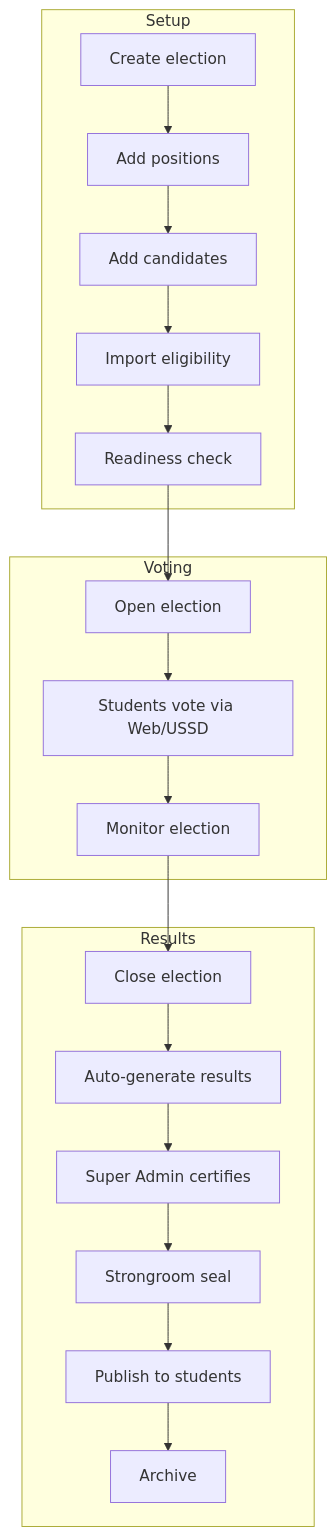
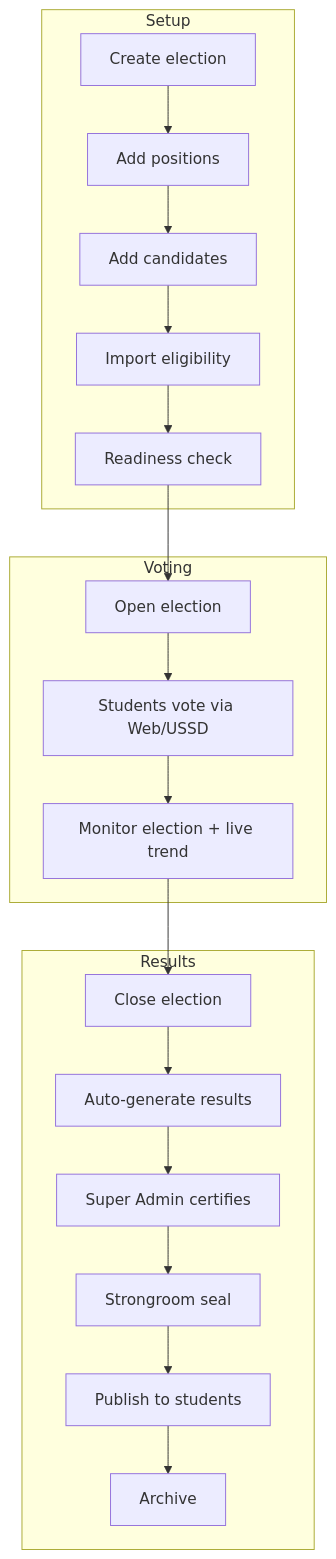
One commit to androidnega/votebridge changed the fifth of 10 diagrams in docs/system/FLOWCHARTS.md. Above: the diagram before and after it, drawn with Mermaid. The commit also changed 25 other files, not shown here.

First line of the commit message:
Add election live trend and completed-election analytics for admins.

````diff
--- a/docs/system/FLOWCHARTS.md
+++ b/docs/system/FLOWCHARTS.md
@@ -110,29 +110,29 @@
 ```mermaid
 flowchart TD
     subgraph Setup
         S1[Create election]
         S2[Add positions]
         S3[Add candidates]
         S4[Import eligibility]
         S5[Readiness check]
     end
 
     subgraph Voting
         V1[Open election]
         V2[Students vote via Web/USSD]
-        V3[Monitor election]
+        V3[Monitor election + live trend]
     end
 
     subgraph Results
         R1[Close election]
         R2[Auto-generate results]
         R3[Super Admin certifies]
         R4[Strongroom seal]
         R5[Publish to students]
         R6[Archive]
     end
 
     S1 --> S2 --> S3 --> S4 --> S5 --> V1
     V1 --> V2 --> V3 --> R1
     R1 --> R2 --> R3 --> R4 --> R5 --> R6
 ```
````
